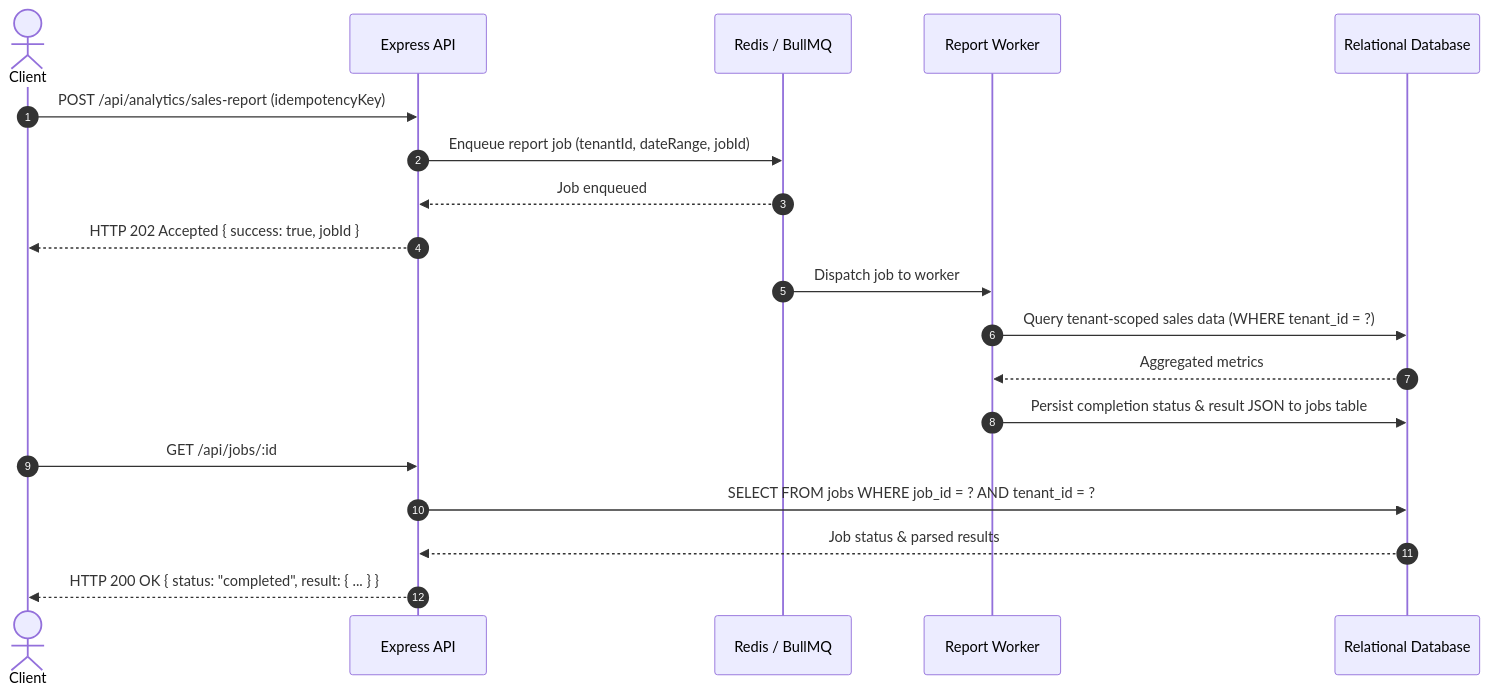
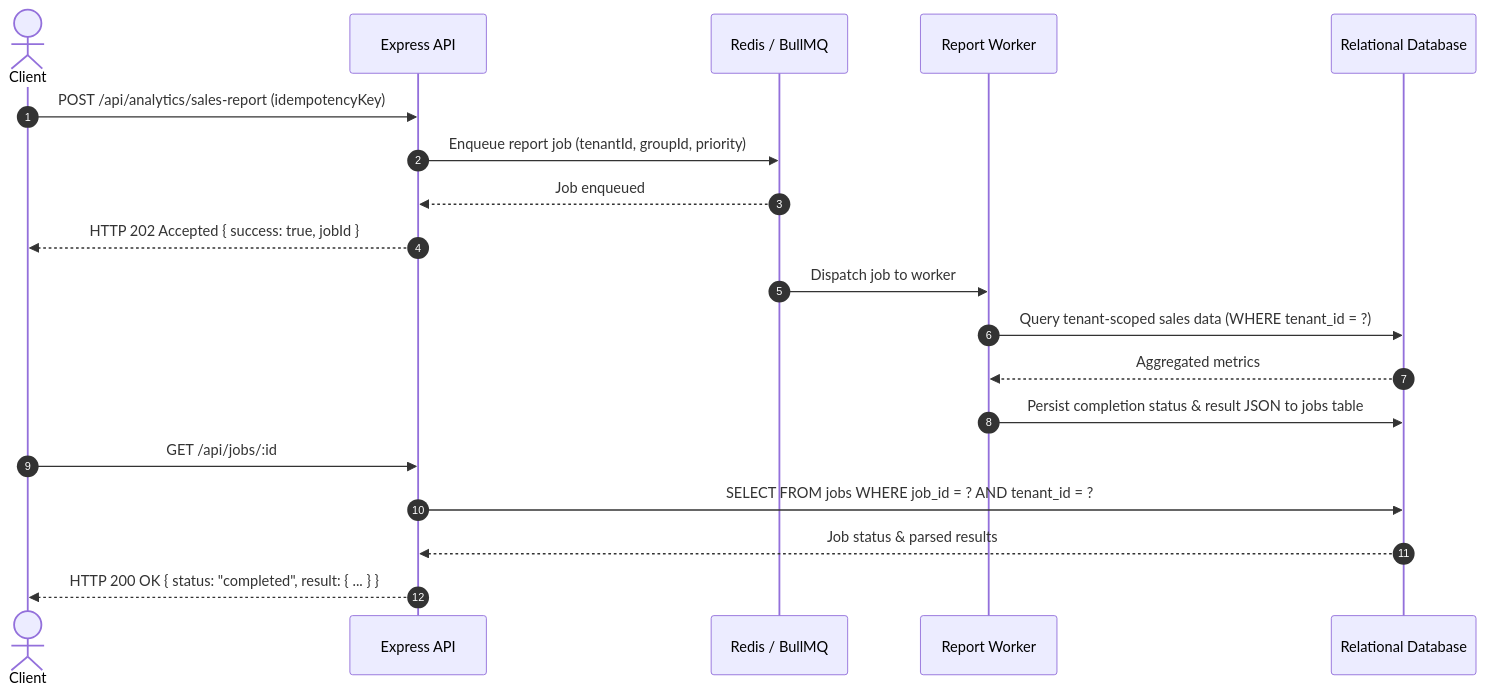
The second of 2 diagrams in README.md (Muregis/Core-Crm-model), drawn with Mermaid before and after one commit. The commit also changed other lines of this file and 2 other files, not shown here.

````diff
--- a/README.md
+++ b/README.md
@@ -54,24 +78,24 @@
 ```mermaid
 sequenceDiagram
     autonumber
     actor Client
     participant API as Express API
     participant Queue as Redis / BullMQ
     participant Worker as Report Worker
     participant DB as Relational Database
 
     Client->>API: POST /api/analytics/sales-report (idempotencyKey)
-    API->>Queue: Enqueue report job (tenantId, dateRange, jobId)
+    API->>Queue: Enqueue report job (tenantId, groupId, priority)
     Queue-->>API: Job enqueued
     API-->>Client: HTTP 202 Accepted { success: true, jobId }
     
     Queue->>Worker: Dispatch job to worker
     Worker->>DB: Query tenant-scoped sales data (WHERE tenant_id = ?)
     DB-->>Worker: Aggregated metrics
     Worker->>DB: Persist completion status & result JSON to jobs table
     
     Client->>API: GET /api/jobs/:id
     API->>DB: SELECT FROM jobs WHERE job_id = ? AND tenant_id = ?
     DB-->>API: Job status & parsed results
     API-->>Client: HTTP 200 OK { status: "completed", result: { ... } }
 ```
````
